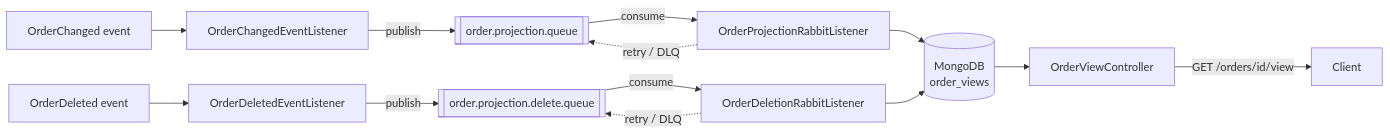
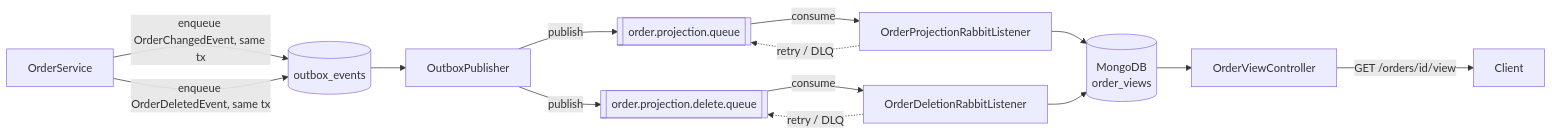
Before and after one commit to ronybrand/spring-order-api: the third of 3 diagrams in README.md, drawn with Mermaid. The commit also changed other lines of this file and 30 other files, not shown here.

First line of the commit message:
feat: transactional outbox for order events (#22)

````diff
--- a/README.md
+++ b/README.md
@@ -56,8 +60,11 @@
 ```mermaid
 flowchart LR
-    Changed[OrderChanged event] --> Bridge[OrderChangedEventListener] -->|publish| PQueue[[order.projection.queue]] -->|consume| PConsumer[OrderProjectionRabbitListener] --> Mongo[(MongoDB<br/>order_views)]
+    OrderService -->|enqueue OrderChangedEvent, same tx| Outbox[(outbox_events)]
+    OrderService -->|enqueue OrderDeletedEvent, same tx| Outbox
+    Outbox --> Publisher[OutboxPublisher]
+    Publisher -->|publish| PQueue[[order.projection.queue]] -->|consume| PConsumer[OrderProjectionRabbitListener] --> Mongo[(MongoDB<br/>order_views)]
     PConsumer -.->|retry / DLQ| PQueue
-    Deleted[OrderDeleted event] --> DelBridge[OrderDeletedEventListener] -->|publish| DQueue[[order.projection.delete.queue]] -->|consume| DConsumer[OrderDeletionRabbitListener] --> Mongo
+    Publisher -->|publish| DQueue[[order.projection.delete.queue]] -->|consume| DConsumer[OrderDeletionRabbitListener] --> Mongo
     DConsumer -.->|retry / DLQ| DQueue
     Mongo --> ViewController[OrderViewController] -->|GET /orders/id/view| ViewClient[Client]
 ```
````
